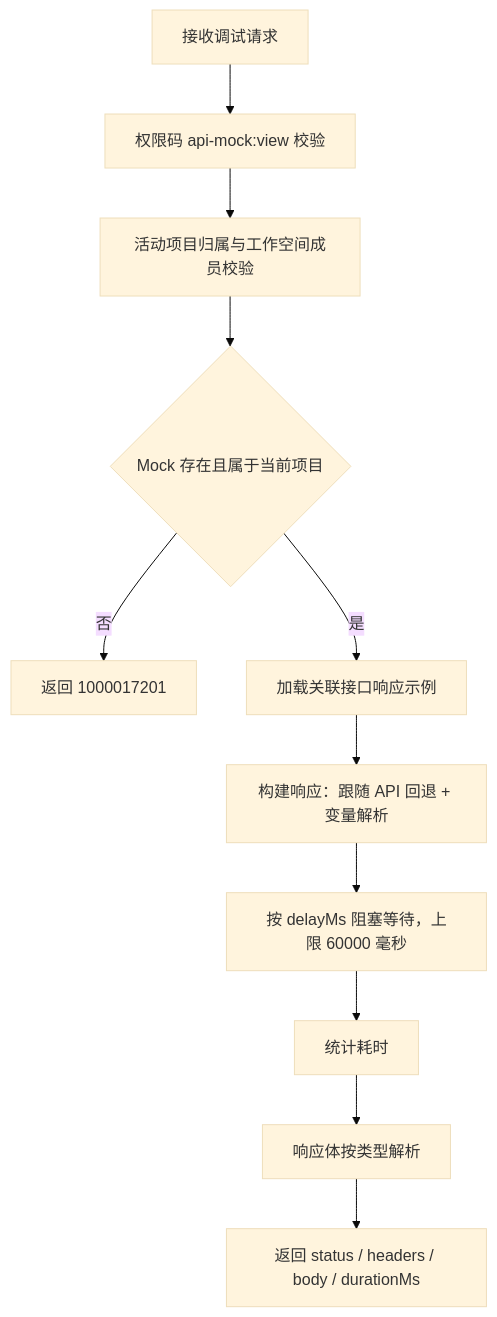
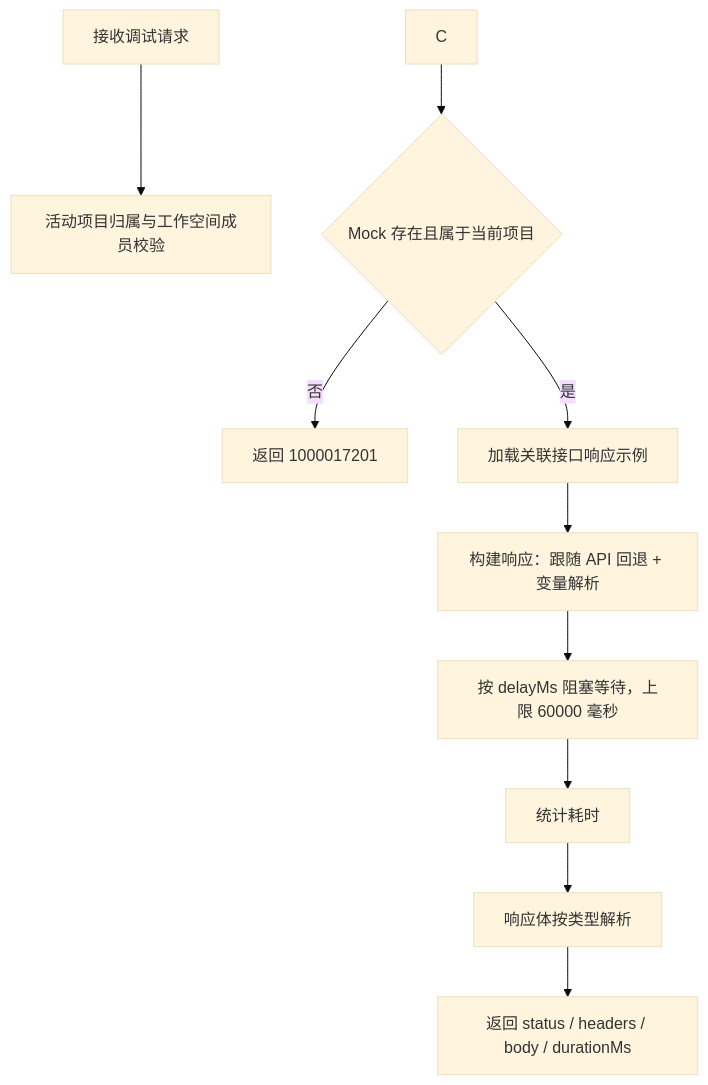
One commit to XiaoMiSum/robotest changed the diagram in docs/04-detailed-design/05-api-testing/23-mock-service-debug.md. Above: the diagram before and after it, drawn with Mermaid (base theme). The commit also changed other lines of this file and 105 other files, not shown here.

````diff
--- a/docs/04-detailed-design/05-api-testing/23-mock-service-debug.md
+++ b/docs/04-detailed-design/05-api-testing/23-mock-service-debug.md
@@ -51,13 +51,12 @@
 ```mermaid
 flowchart TD
-    A[接收调试请求] --> B[权限码 api-mock:view 校验]
-    B --> C[活动项目归属与工作空间成员校验]
+    A[接收调试请求] --> B[活动项目归属与工作空间成员校验]
     C --> D{Mock 存在且属于当前项目}
     D -- 否 --> E[返回 1000017201]
     D -- 是 --> F[加载关联接口响应示例]
     F --> G[构建响应：跟随 API 回退 + 变量解析]
     G --> H[按 delayMs 阻塞等待，上限 60000 毫秒]
     H --> I[统计耗时]
     I --> J[响应体按类型解析]
     J --> K[返回 status / headers / body / durationMs]
 ```
````
